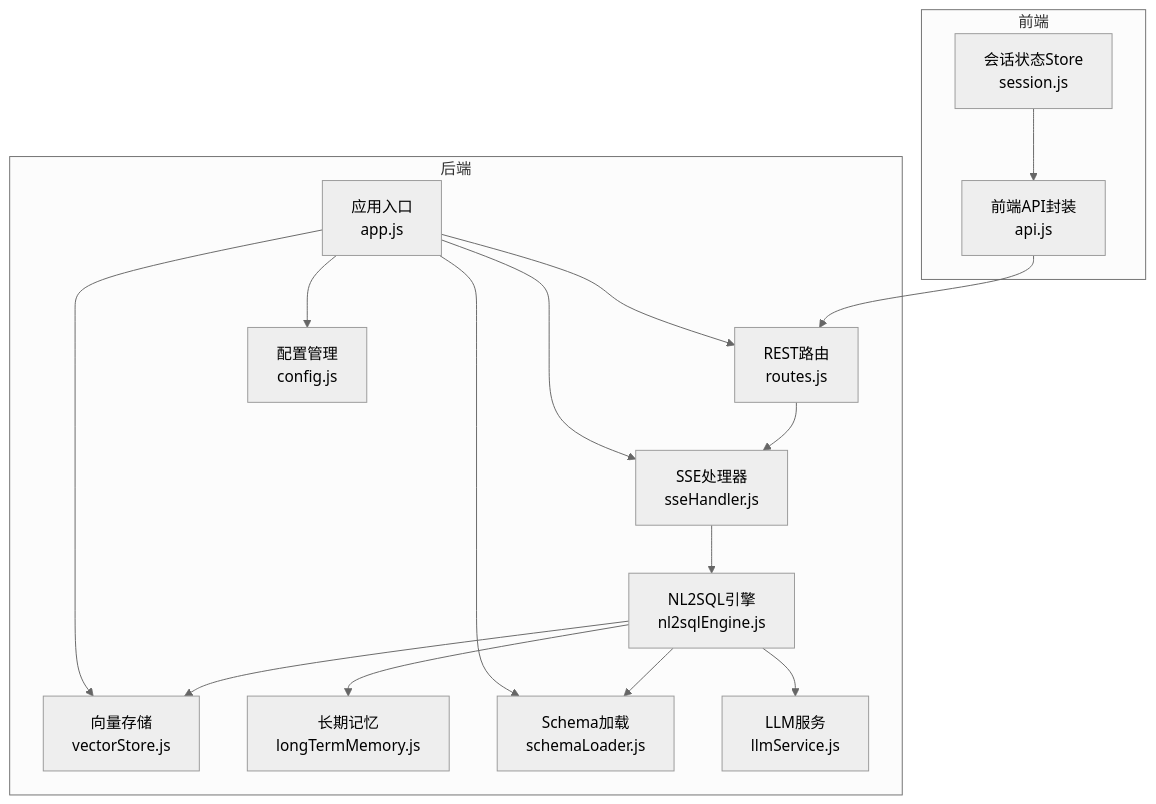
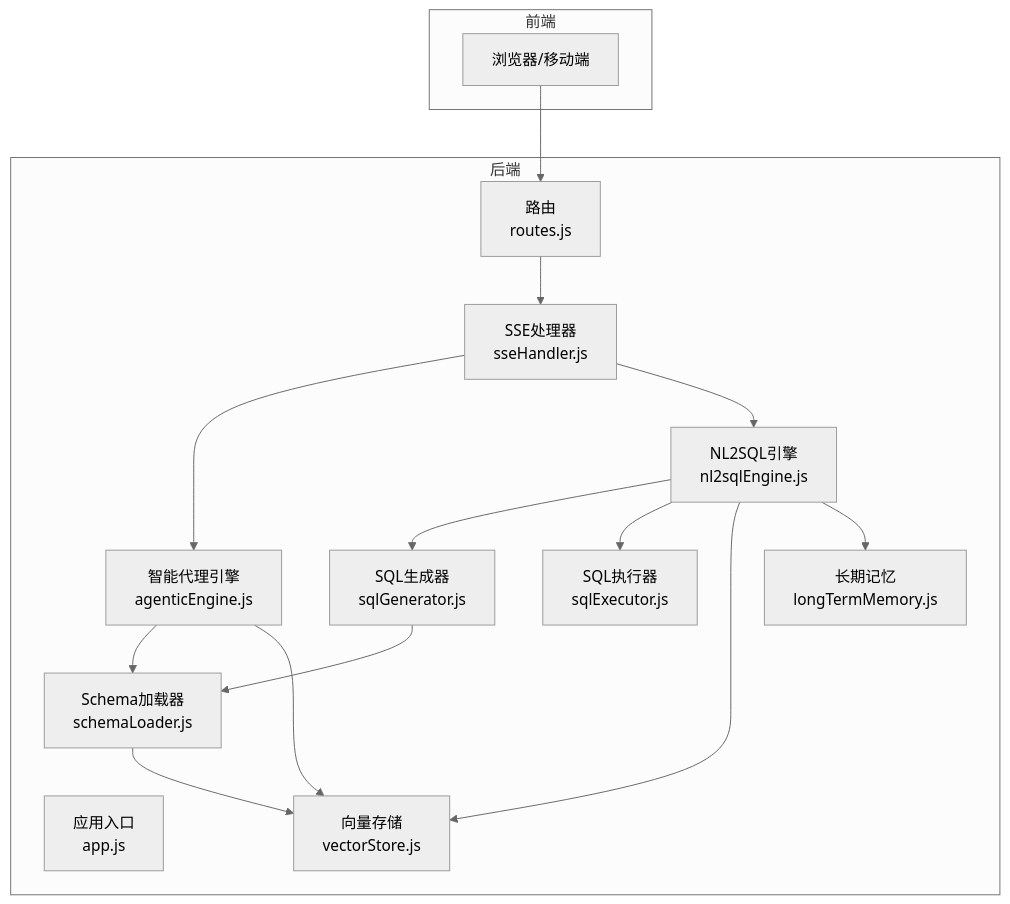
Before and after one commit to HanHuiOnLine/724-office: the first of 8 diagrams in NL2SQL/.qoder/repowiki/zh/content/系统架构/数据流设计.md, drawn with Mermaid (neutral theme). The commit also changed other lines of this file and 203 other files, not shown here.

````diff
--- a/NL2SQL/.qoder/repowiki/zh/content/系统架构/数据流设计.md
+++ b/NL2SQL/.qoder/repowiki/zh/content/系统架构/数据流设计.md
@@ -54,31 +36,30 @@
 ```mermaid
 graph TB
 subgraph "前端"
-FE_API["前端API封装<br/>api.js"]
-FE_STORE["会话状态Store<br/>session.js"]
+FE["浏览器/移动端"]
 end
 subgraph "后端"
 APP["应用入口<br/>app.js"]
-ROUTES["REST路由<br/>routes.js"]
+ROUTES["路由<br/>routes.js"]
 SSE["SSE处理器<br/>sseHandler.js"]
 NLE["NL2SQL引擎<br/>nl2sqlEngine.js"]
-VEC["向量存储<br/>vectorStore.js"]
+AGE["智能代理引擎<br/>agenticEngine.js"]
+SG["SQL生成器<br/>sqlGenerator.js"]
+SE["SQL执行器<br/>sqlExecutor.js"]
+SL["Schema加载器<br/>schemaLoader.js"]
+VS["向量存储<br/>vectorStore.js"]
 LTM["长期记忆<br/>longTermMemory.js"]
-SCHEMA["Schema加载<br/>schemaLoader.js"]
-LLM["LLM服务<br/>llmService.js"]
-CFG["配置管理<br/>config.js"]
 end
-FE_API --> ROUTES
-FE_STORE --> FE_API
+FE --> ROUTES
 ROUTES --> SSE
+SSE --> AGE
 SSE --> NLE
-NLE --> SCHEMA
-NLE --> VEC
-NLE --> LLM
+NLE --> SG
+NLE --> SE
+SG --> SL
+SL --> VS
+NLE --> VS
 NLE --> LTM
-APP --> ROUTES
-APP --> SSE
-APP --> SCHEMA
-APP --> VEC
-APP --> CFG
+AGE --> SL
+AGE --> VS
 ```
````
